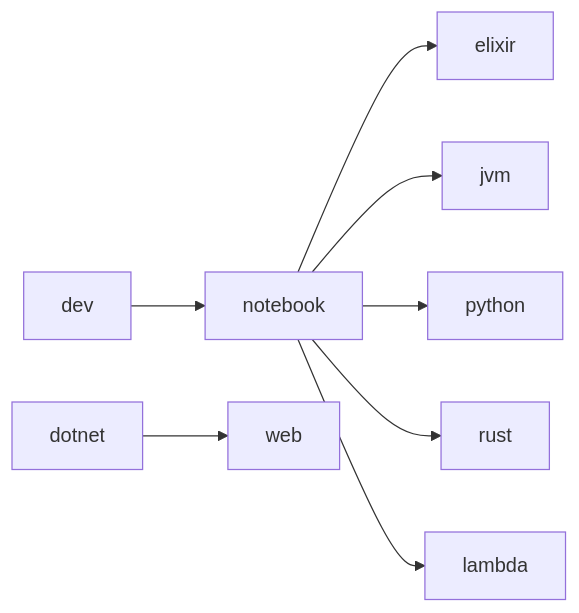
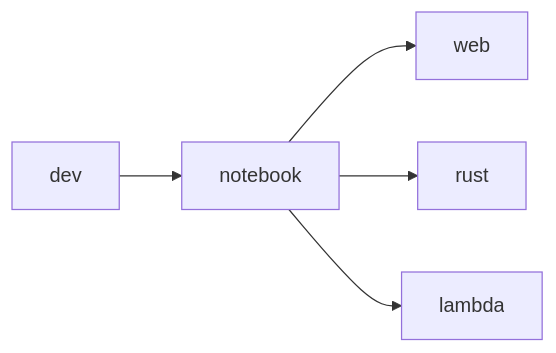
The diagram in dev-with-containers/README.md (jhwohlgemuth/my-virtual-machine-setup), drawn with Mermaid before and after one commit. The commit also changed other lines of this file and 4 other files, not shown here.

````diff
--- a/dev-with-containers/README.md
+++ b/dev-with-containers/README.md
@@ -62,10 +59,7 @@
 ```mermaid
 graph LR
     dev --> notebook
-    notebook --> elixir
-    notebook --> jvm
-    notebook --> python
+    notebook --> web
     notebook --> rust
     notebook --> lambda
-    dotnet --> web
 ```
````
